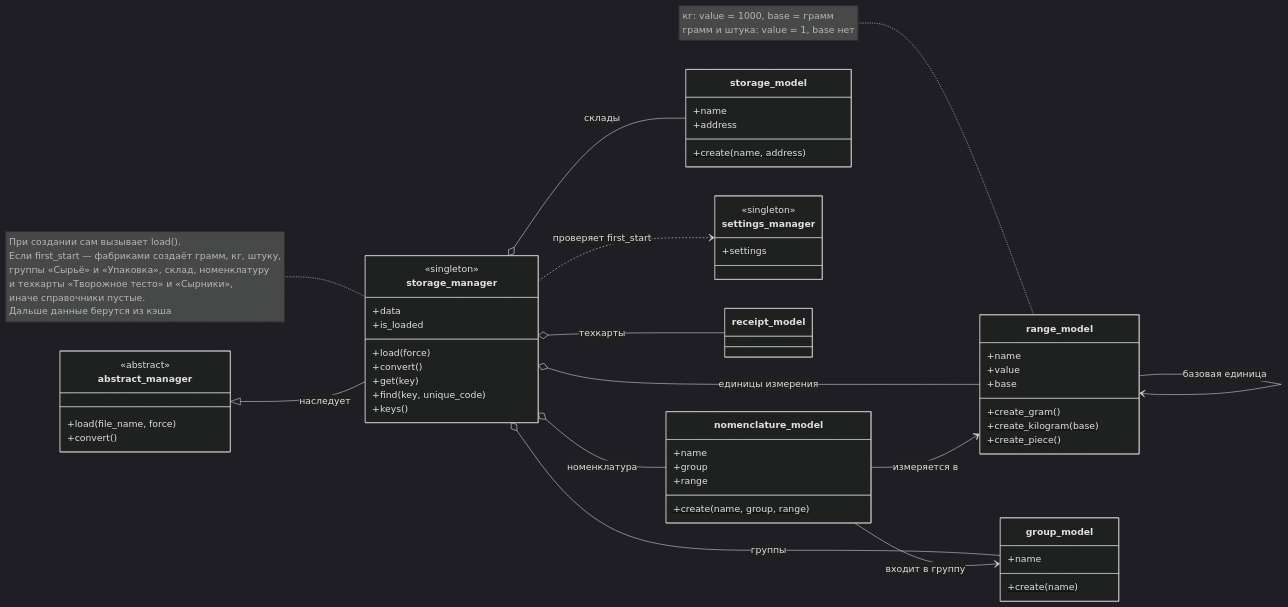
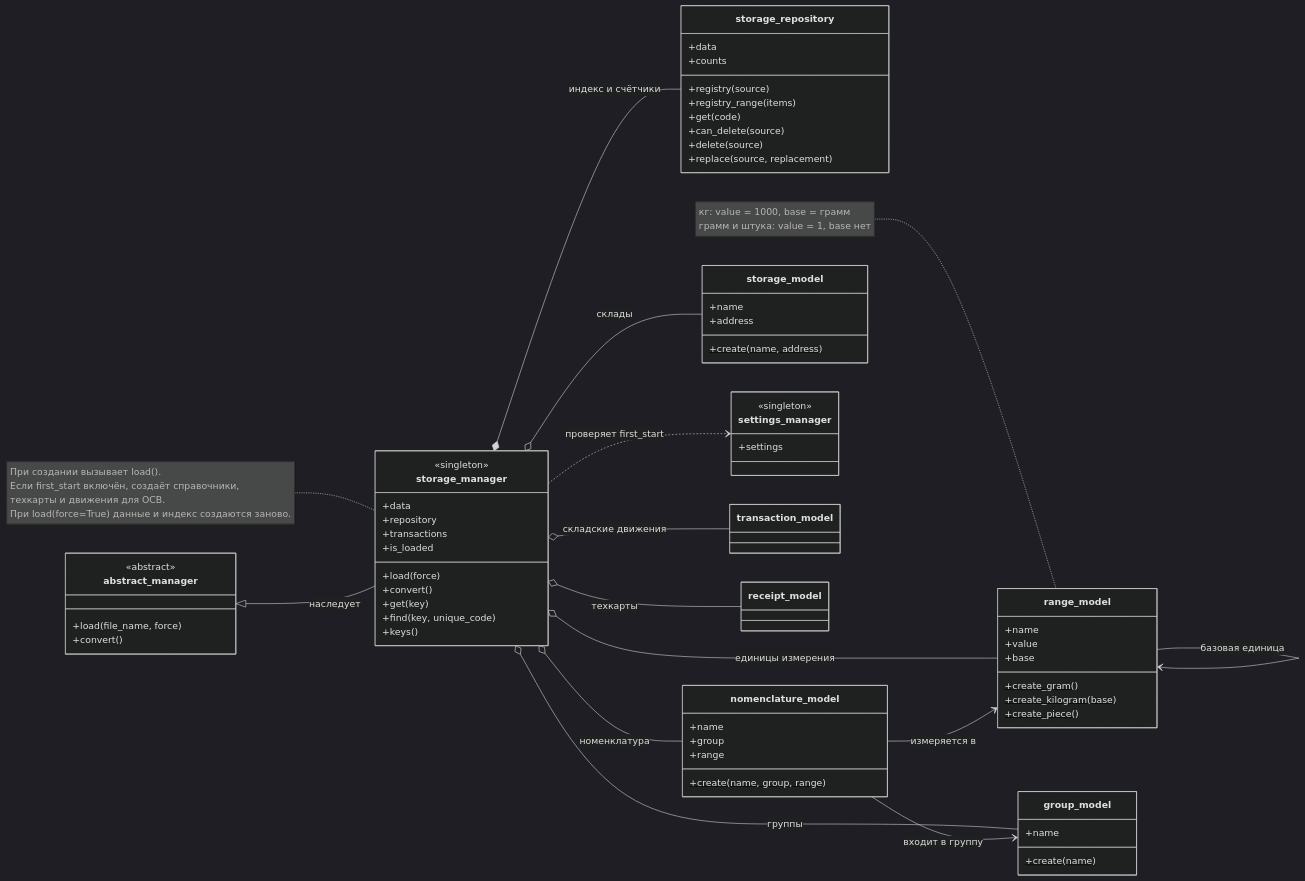
Before and after one commit to zenderio-dev/patterns_HW: the second of 6 diagrams in Docs/Uml.md, drawn with Mermaid (dark theme). The commit also changed other lines of this file and 14 other files, not shown here.

````diff
--- a/Docs/Uml.md
+++ b/Docs/Uml.md
@@ -57,67 +58,82 @@
 ```mermaid
 classDiagram
     direction LR
 
     class abstract_manager {
         <<abstract>>
         +load(file_name, force)
         +convert()
     }
 
     class storage_manager {
         <<singleton>>
         +load(force)
         +convert()
         +get(key)
         +find(key, unique_code)
         +keys()
         +data
+        +repository
+        +transactions
         +is_loaded
+    }
+
+    class storage_repository {
+        +data
+        +counts
+        +registry(source)
+        +registry_range(items)
+        +get(code)
+        +can_delete(source)
+        +delete(source)
+        +replace(source, replacement)
     }
 
     class range_model {
         +name
         +value
         +base
         +create_gram()$
         +create_kilogram(base)$
         +create_piece()$
     }
 
     class group_model {
         +name
         +create(name)$
     }
 
     class nomenclature_model {
         +name
         +group
         +range
         +create(name, group, range)$
     }
 
     class storage_model {
         +name
         +address
         +create(name, address)$
     }
 
     class settings_manager {
         <<singleton>>
         +settings
     }
 
     abstract_manager <|-- storage_manager : наследует
     storage_manager ..> settings_manager : проверяет first_start
+    storage_manager *-- storage_repository : индекс и счётчики
+    storage_manager o-- transaction_model : складские движения
     storage_manager o-- range_model : единицы измерения
     storage_manager o-- group_model : группы
     storage_manager o-- nomenclature_model : номенклатура
     storage_manager o-- storage_model : склады
     storage_manager o-- receipt_model : техкарты
     nomenclature_model --> group_model : входит в группу
     nomenclature_model --> range_model : измеряется в
     range_model --> range_model : базовая единица
 
-    note for storage_manager "При создании сам вызывает load().<br>Если first_start — фабриками создаёт грамм, кг, штуку,<br>группы «Сырьё» и «Упаковка», склад, номенклатуру<br>и техкарты «Творожное тесто» и «Сырники»,<br>иначе справочники пустые.<br>Дальше данные берутся из кэша"
+    note for storage_manager "При создании вызывает load().<br>Если first_start включён, создаёт справочники,<br>техкарты и движения для ОСВ.<br>При load(force=True) данные и индекс создаются заново."
     note for range_model "кг: value = 1000, base = грамм<br>грамм и штука: value = 1, base нет"
 ```
````
